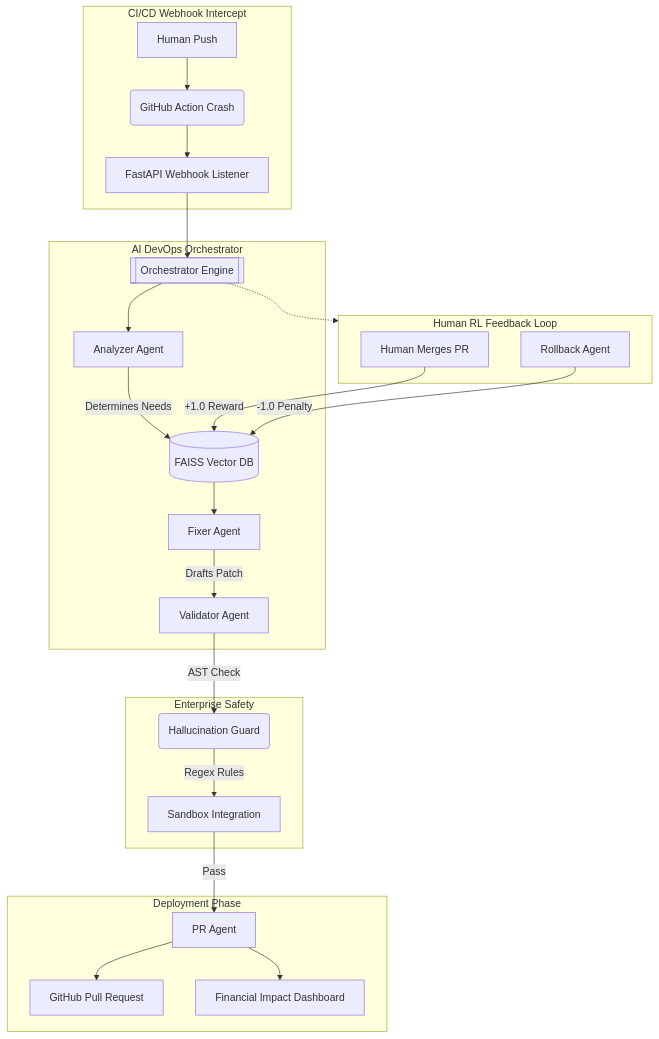
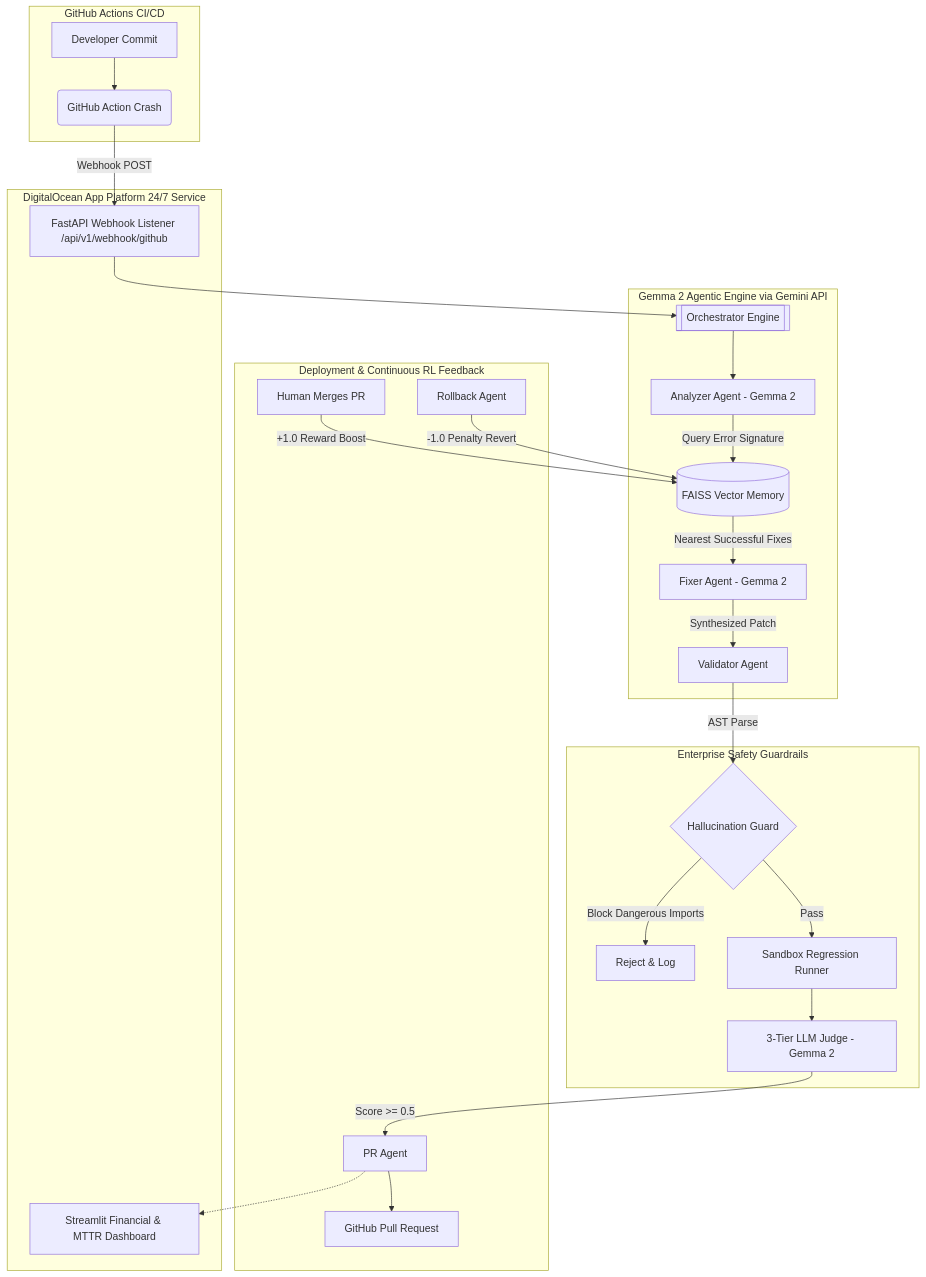
One commit to Shubhamjkd01/AI_DevOps_X changed the diagram in README.md. Above: the diagram before and after it, drawn with Mermaid. The commit also changed other lines of this file and 2 other files, not shown here.

Commit message:
feat: integrate Google Gemma via Gemini API and add DigitalOcean App Platform deployment spec

````diff
--- a/README.md
+++ b/README.md
@@ -30,42 +46,42 @@
 ```mermaid
 flowchart TD
 
-%% Trigger Phase
-subgraph TRIGGER [CI/CD Webhook Intercept]
-    A[Human Push] --> B(GitHub Action Crash)
-    B --> C[FastAPI Webhook Listener]
+%% Ingestion & Hosting
+subgraph DO [DigitalOcean App Platform 24/7 Service]
+    API[FastAPI Webhook Listener /api/v1/webhook/github]
+    DASH[Streamlit Financial & MTTR Dashboard]
 end
 
-%% Brain & RL
-subgraph BRAIN [AI DevOps Orchestrator]
-    C --> O[[Orchestrator Engine]]
-    
-    O --> AN[Analyzer Agent]
-    AN -->|Determines Needs| MEM[(FAISS Vector DB)]
-    
-    MEM --> FX[Fixer Agent]
-    FX -->|Drafts Patch| VAL[Validator Agent]
+%% Trigger Phase
+subgraph TRIGGER [GitHub Actions CI/CD]
+    A[Developer Commit] --> B(GitHub Action Crash)
+    B -->|Webhook POST| API
 end
 
-%% Safety
-subgraph DEFENSE [Enterprise Safety]
-    VAL -->|AST Check| HG(Hallucination Guard)
-    HG -->|Regex Rules| SBX[Sandbox Integration]
+%% Gemma Reasoning Engine
+subgraph BRAIN [Gemma 2 Agentic Engine via Gemini API]
+    API --> O[[Orchestrator Engine]]
+    O --> AN[Analyzer Agent - Gemma 2]
+    AN -->|Query Error Signature| MEM[(FAISS Vector Memory)]
+    MEM -->|Nearest Successful Fixes| FX[Fixer Agent - Gemma 2]
+    FX -->|Synthesized Patch| VAL[Validator Agent]
 end
 
-%% Delivery
-subgraph DELIVERY [Deployment Phase]
-    SBX -->|Pass| PR[PR Agent]
-    PR --> GITHUB[GitHub Pull Request]
-    PR --> DB[Financial Impact Dashboard]
+%% Safety Verification
+subgraph DEFENSE [Enterprise Safety Guardrails]
+    VAL -->|AST Parse| HG{Hallucination Guard}
+    HG -->|Block Dangerous Imports| REJECT[Reject & Log]
+    HG -->|Pass| SBX[Sandbox Regression Runner]
+    SBX --> JUDGE[3-Tier LLM Judge - Gemma 2]
 end
 
-%% Feedback Loop
-subgraph LOOP [Human RL Feedback Loop]
-    MERGE[Human Merges PR] -->|+1.0 Reward| MEM
-    REVERT[Rollback Agent] -->|-1.0 Penalty| MEM
+%% Deployment & Feedback
+subgraph DELIVERY [Deployment & Continuous RL Feedback]
+    JUDGE -->|Score >= 0.5| PR[PR Agent]
+    PR --> GITHUB[GitHub Pull Request]
+    PR -.-> DASH
+    
+    MERGE[Human Merges PR] -->|+1.0 Reward Boost| MEM
+    REVERT[Rollback Agent] -->|-1.0 Penalty Revert| MEM
 end
-
-%% Connections
-O -.-> LOOP
 ```
````
